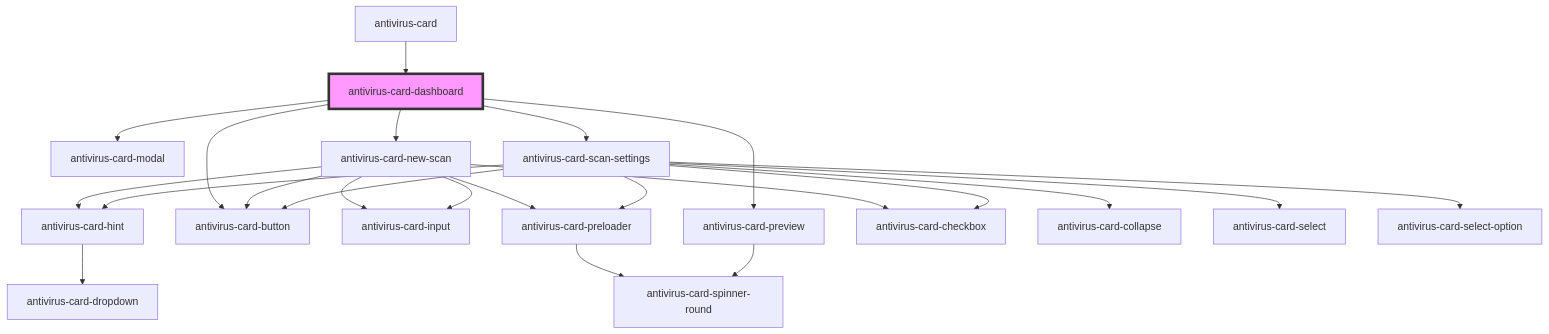
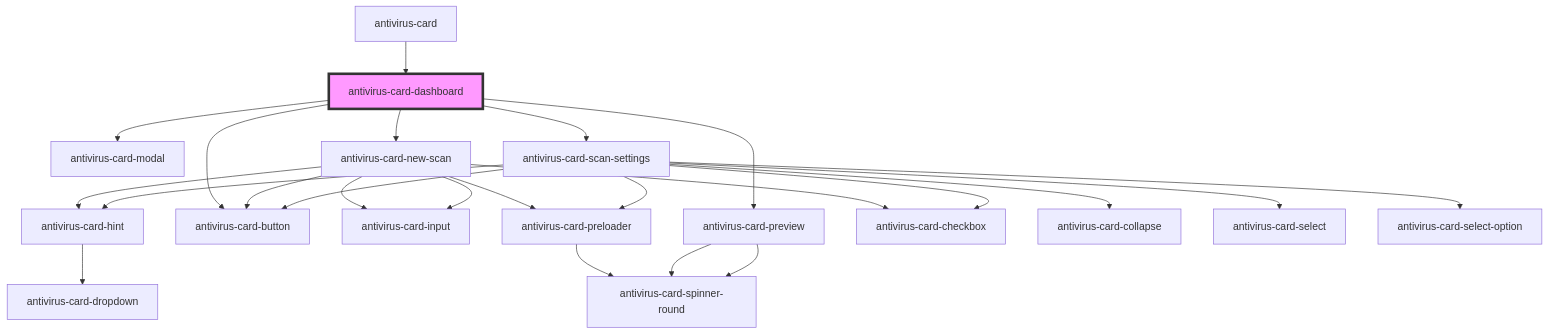
Before and after one commit to ispsystem/plugin-imunify: the diagram in client/packages/antivirus-card/src/components/dashboard/readme.md, drawn with Mermaid. The commit also changed 11 other files, not shown here.

First line of the commit message:
feat(antivirus-card): 🌟 add healing state

````diff
--- a/client/packages/antivirus-card/src/components/dashboard/readme.md
+++ b/client/packages/antivirus-card/src/components/dashboard/readme.md
@@ -30,26 +30,27 @@
 ```mermaid
 graph TD;
   antivirus-card-dashboard --> antivirus-card-modal
   antivirus-card-dashboard --> antivirus-card-new-scan
   antivirus-card-dashboard --> antivirus-card-scan-settings
   antivirus-card-dashboard --> antivirus-card-preview
   antivirus-card-dashboard --> antivirus-card-button
   antivirus-card-new-scan --> antivirus-card-input
   antivirus-card-new-scan --> antivirus-card-hint
   antivirus-card-new-scan --> antivirus-card-preloader
   antivirus-card-new-scan --> antivirus-card-button
   antivirus-card-new-scan --> antivirus-card-checkbox
   antivirus-card-new-scan --> antivirus-card-input
   antivirus-card-hint --> antivirus-card-dropdown
   antivirus-card-preloader --> antivirus-card-spinner-round
   antivirus-card-scan-settings --> antivirus-card-checkbox
   antivirus-card-scan-settings --> antivirus-card-collapse
   antivirus-card-scan-settings --> antivirus-card-select
   antivirus-card-scan-settings --> antivirus-card-select-option
   antivirus-card-scan-settings --> antivirus-card-hint
   antivirus-card-scan-settings --> antivirus-card-preloader
   antivirus-card-scan-settings --> antivirus-card-button
   antivirus-card-preview --> antivirus-card-spinner-round
+  antivirus-card-preview --> antivirus-card-spinner-round
   antivirus-card --> antivirus-card-dashboard
   style antivirus-card-dashboard fill:#f9f,stroke:#333,stroke-width:4px
 ```
````
